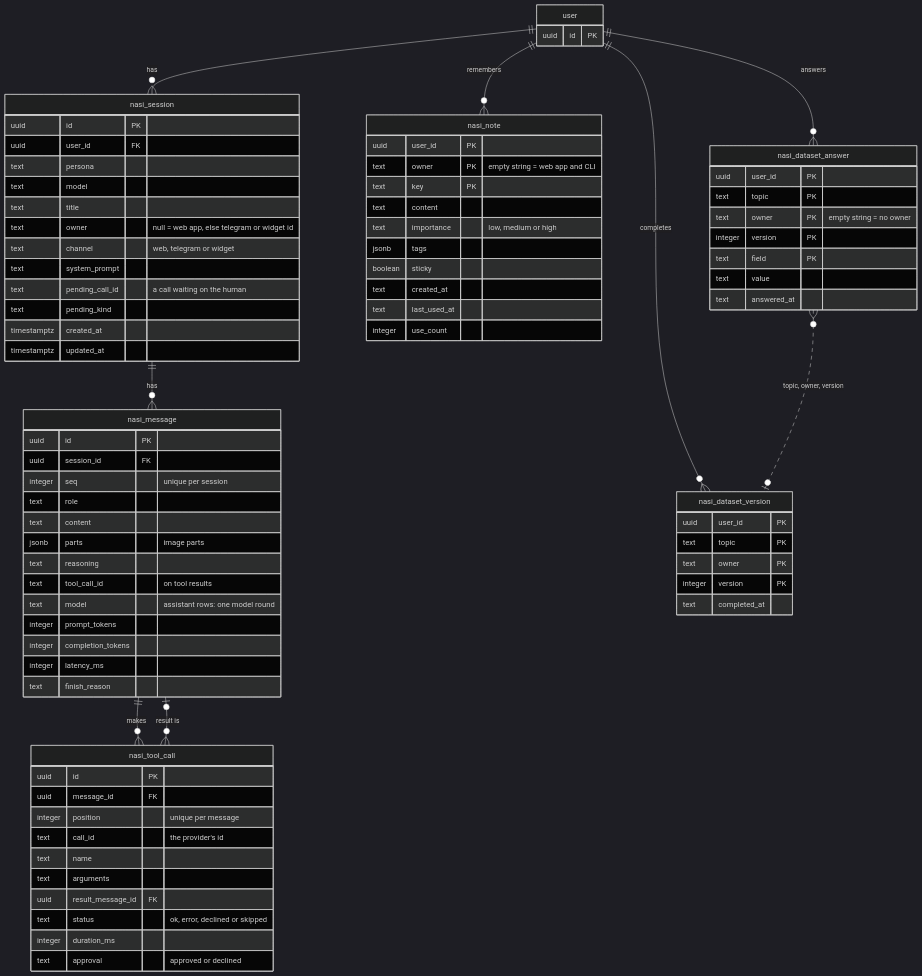
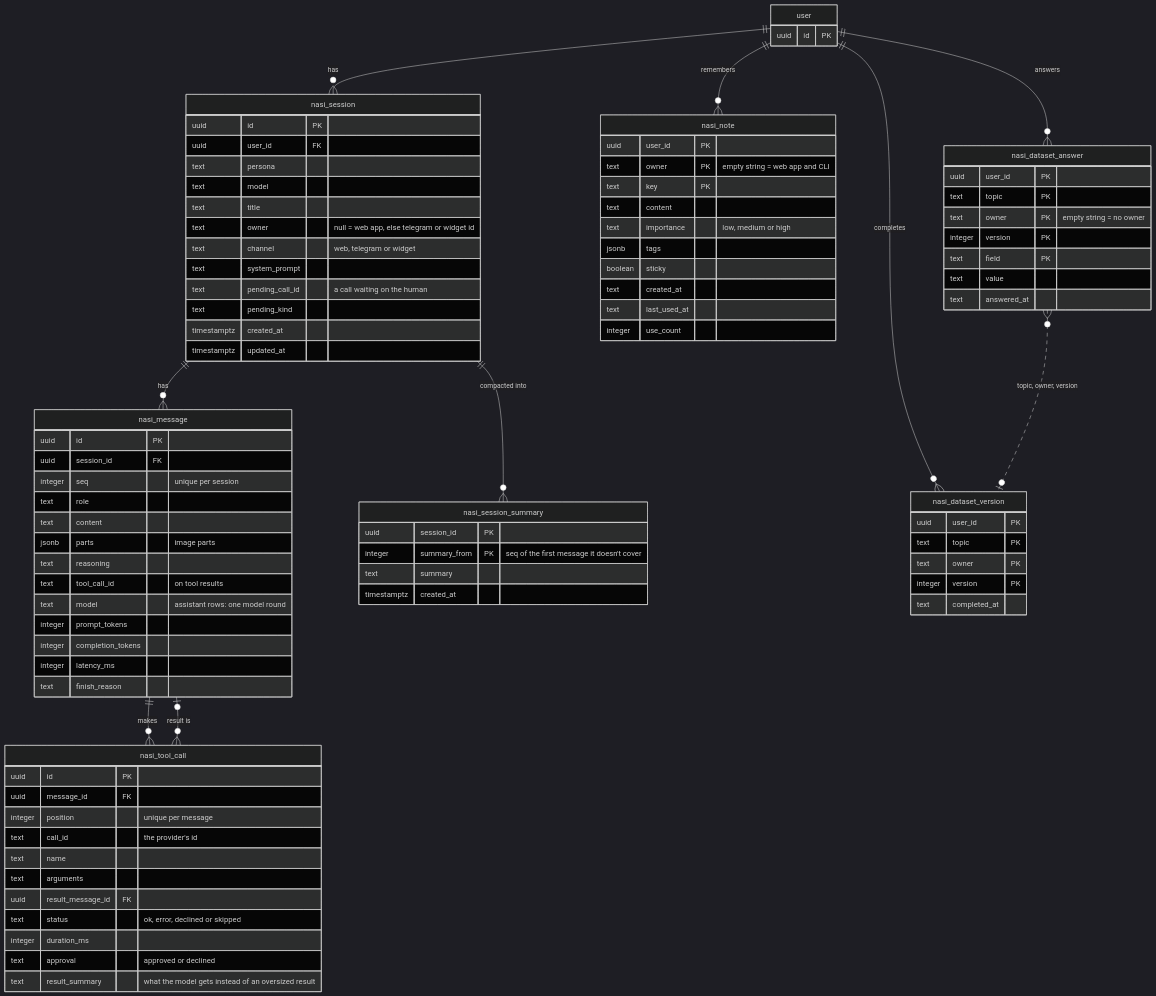
Before and after one commit to SubZtep/kaja: the fourth of 4 diagrams in docs/development/database.md, drawn with Mermaid (dark theme). The commit also changed other lines of this file and 53 other files, not shown here.

```diff
--- a/docs/development/database.md
+++ b/docs/development/database.md
@@ -289,6 +290,14 @@
     text status "ok, error, declined or skipped"
     integer duration_ms
     text approval "approved or declined"
+    text result_summary "what the model gets instead of an oversized result"
+  }
+
+  nasi_session_summary {
+    uuid session_id PK
+    integer summary_from PK "seq of the first message it doesn't cover"
+    text summary
+    timestamptz created_at
   }
 
   nasi_note {
@@ -331,6 +340,7 @@
   user ||--o{ nasi_dataset_answer : answers
   user ||--o{ nasi_dataset_version : completes
   nasi_session ||--o{ nasi_message : has
+  nasi_session ||--o{ nasi_session_summary : "compacted into"
   nasi_message ||--o{ nasi_tool_call : makes
   nasi_tool_call }o--o| nasi_message : "result is"
   nasi_dataset_answer }o..o| nasi_dataset_version : "topic, owner, version"
```
